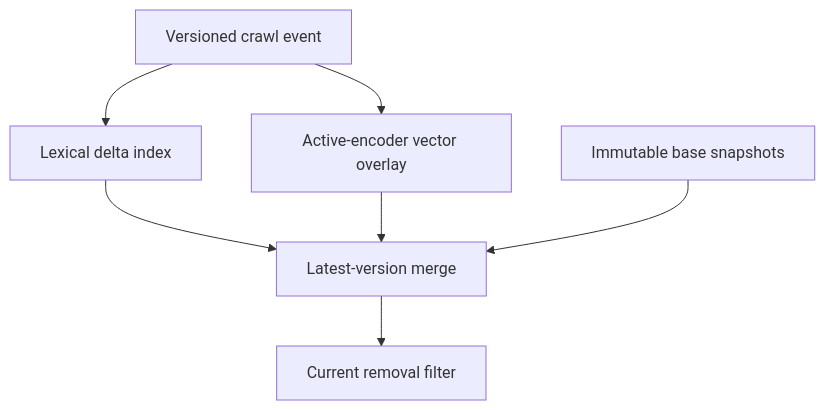
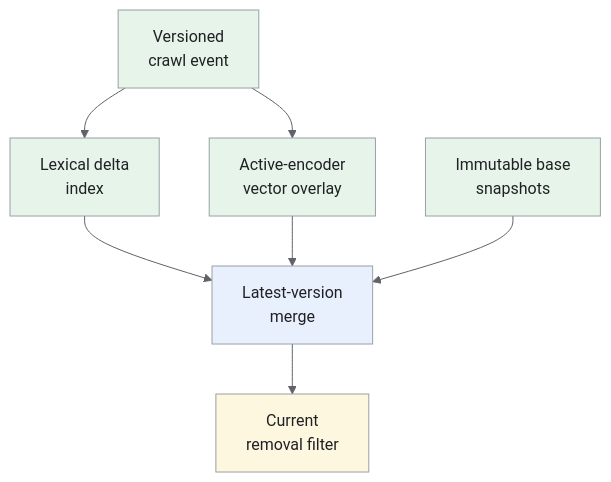
Before and after one commit to iliazlobin/iliazlobin.github.io: the sixth of 6 diagrams in _designs/system-design-ml-search-ranking-web-search.md, drawn with Mermaid. The commit also changed other lines of this file and 131 other files, not shown here.

````diff
--- a/_designs/system-design-ml-search-ranking-web-search.md
+++ b/_designs/system-design-ml-search-ranking-web-search.md
@@ -269,9 +397,17 @@
 ```mermaid
+%%{init: {'theme':'base','themeVariables':{'primaryColor':'#e8f0fe','primaryTextColor':'#202124','primaryBorderColor':'#9aa0a6','lineColor':'#5f6368','secondaryColor':'#e6f4ea','tertiaryColor':'#fef7e0','actorBkg':'#e8f0fe','actorBorder':'#9aa0a6','actorTextColor':'#202124','noteBkgColor':'#fef7e0','noteTextColor':'#202124','noteBorderColor':'#9aa0a6','signalColor':'#5f6368','signalTextColor':'#202124','labelBoxBkgColor':'#fef7e0','labelBoxBorderColor':'#9aa0a6'}}}%%
 flowchart TB
-    E["Versioned crawl event"] --> L["Lexical delta index"]
-    E --> V["Active-encoder vector overlay"]
-    L --> M["Latest-version merge"]
+    E["Versioned<br>crawl event"] --> L["Lexical delta<br>index"]
+    E --> V["Active-encoder<br>vector overlay"]
+    L --> M["Latest-version<br>merge"]
     V --> M
-    B["Immutable base snapshots"] --> M
-    M --> F["Current removal filter"]
+    B["Immutable base<br>snapshots"] --> M
+    M --> F["Current<br>removal filter"]
+classDef request fill:#e8f0fe,stroke:#9aa0a6,color:#202124;
+classDef data fill:#e6f4ea,stroke:#9aa0a6,color:#202124;
+classDef control fill:#fef7e0,stroke:#9aa0a6,color:#202124;
+class M request;
+class E,L,V,B data;
+class F control;
+
 ```
````
